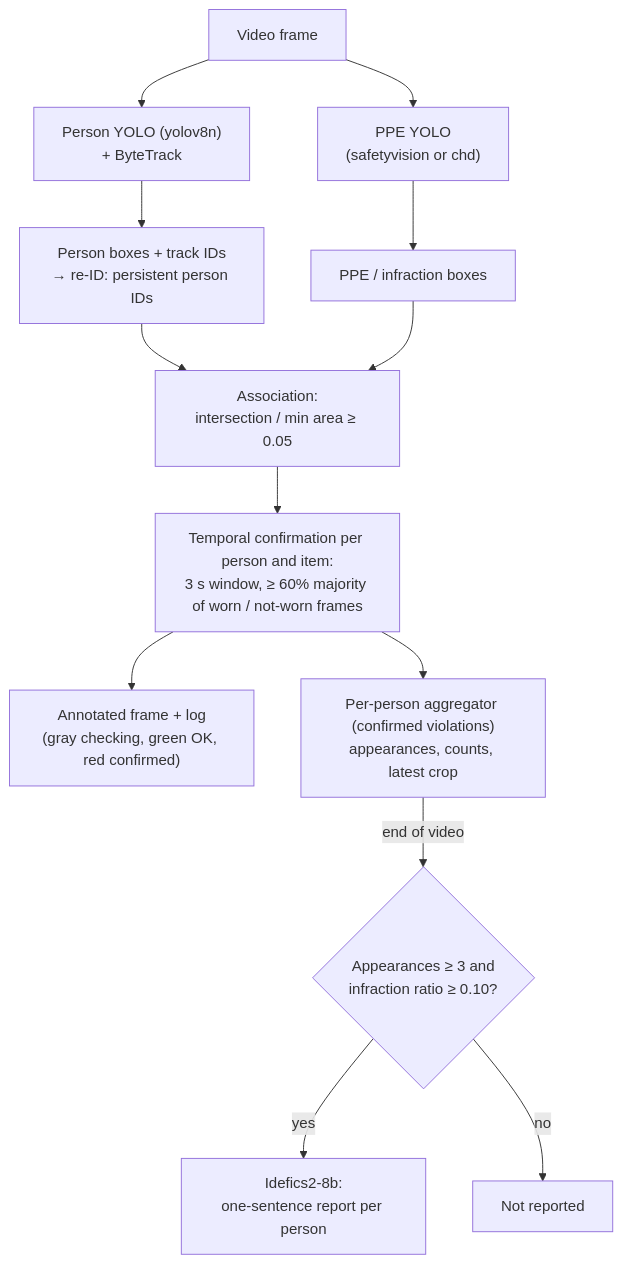
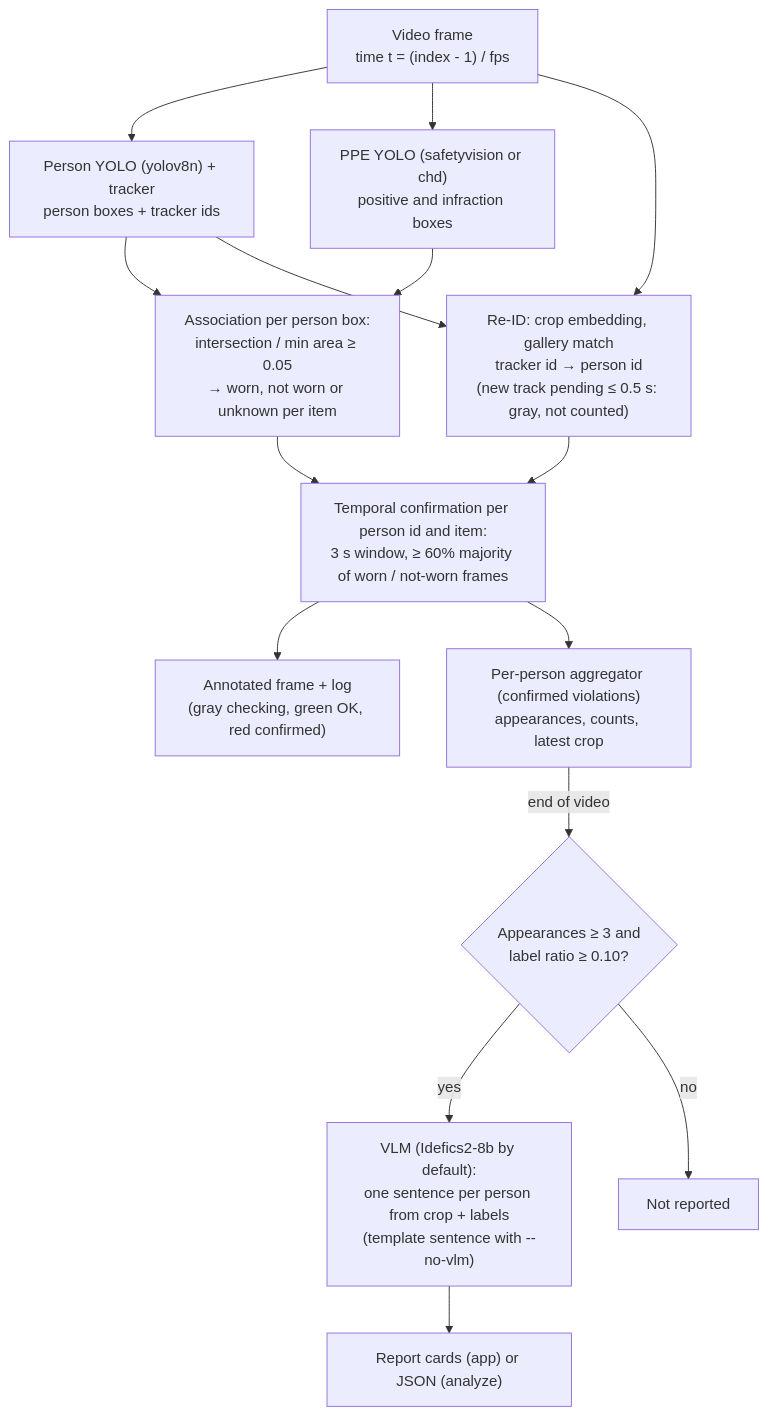
The diagram in README.md (karemdm/ppe-compliance-vlm), drawn with Mermaid before and after one commit. The commit also changed other lines of this file and 3 other files, not shown here.

Commit message:
docs: redraw the pipeline diagram (re-ID branch, outputs), fix the results command, sizes, exit codes and test notes

````diff
--- a/README.md
+++ b/README.md
@@ -69,15 +69,17 @@
 ```mermaid
 flowchart TD
-    A["Video frame"] --> B["Person YOLO (yolov8n)<br/>+ ByteTrack"]
-    A --> C["PPE YOLO<br/>(safetyvision or chd)"]
-    B --> D["Person boxes + track IDs<br/>→ re-ID: persistent person IDs"]
-    C --> E["PPE / infraction boxes"]
-    D --> F["Association:<br/>intersection / min area ≥ 0.05"]
-    E --> F
-    F --> T["Temporal confirmation per person and item:<br/>3 s window, ≥ 60% majority of worn / not-worn frames"]
+    A["Video frame<br/>time t = (index - 1) / fps"] --> B["Person YOLO (yolov8n) + tracker<br/>person boxes + tracker ids"]
+    A --> C["PPE YOLO (safetyvision or chd)<br/>positive and infraction boxes"]
+    B --> F["Association per person box:<br/>intersection / min area ≥ 0.05<br/>→ worn, not worn or unknown per item"]
+    C --> F
+    A --> R
+    B --> R["Re-ID: crop embedding, gallery match<br/>tracker id → person id<br/>(new track pending ≤ 0.5 s: gray, not counted)"]
+    F --> T["Temporal confirmation per person id and item:<br/>3 s window, ≥ 60% majority of worn / not-worn frames"]
+    R --> T
     T --> G["Annotated frame + log<br/>(gray checking, green OK, red confirmed)"]
     T --> H["Per-person aggregator (confirmed violations)<br/>appearances, counts, latest crop"]
-    H -- end of video --> I{"Appearances ≥ 3 and<br/>infraction ratio ≥ 0.10?"}
-    I -- yes --> J["Idefics2-8b:<br/>one-sentence report per person"]
+    H -- end of video --> I{"Appearances ≥ 3 and<br/>label ratio ≥ 0.10?"}
+    I -- yes --> J["VLM (Idefics2-8b by default):<br/>one sentence per person from crop + labels<br/>(template sentence with --no-vlm)"]
     I -- no --> K["Not reported"]
+    J --> L["Report cards (app) or JSON (analyze)"]
 ```
````
